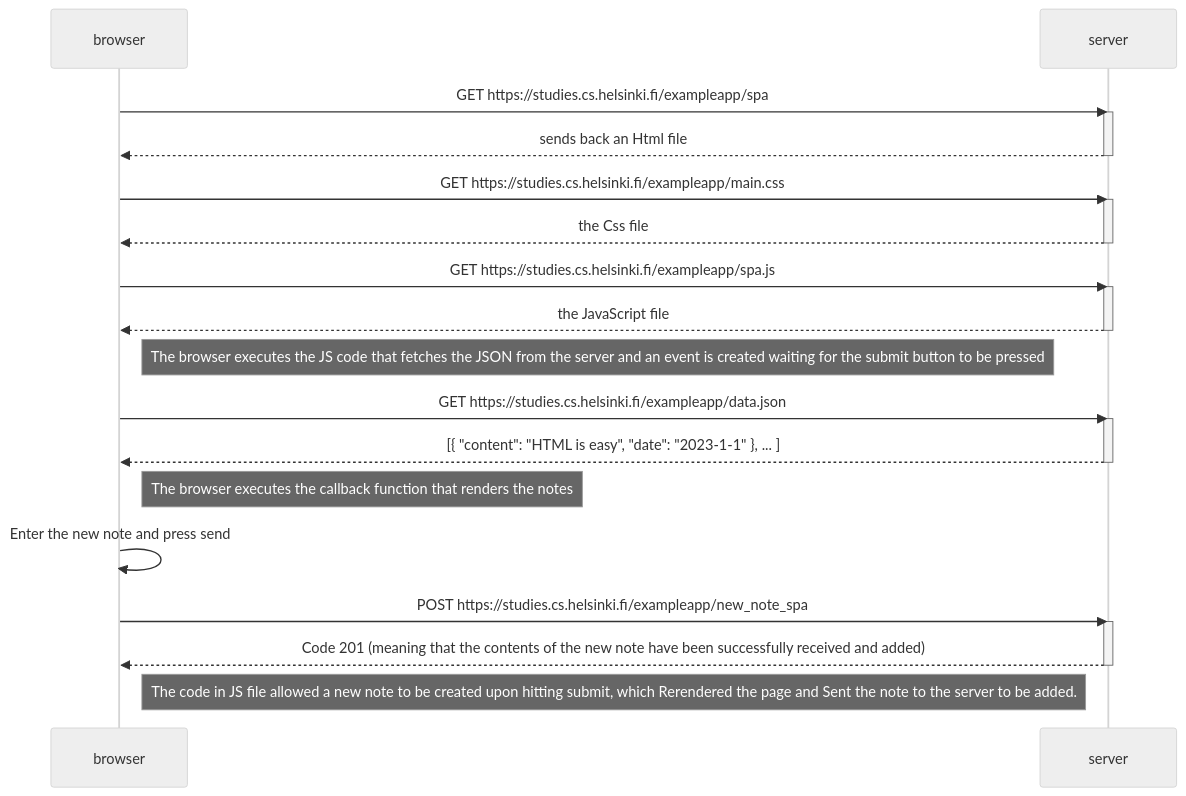
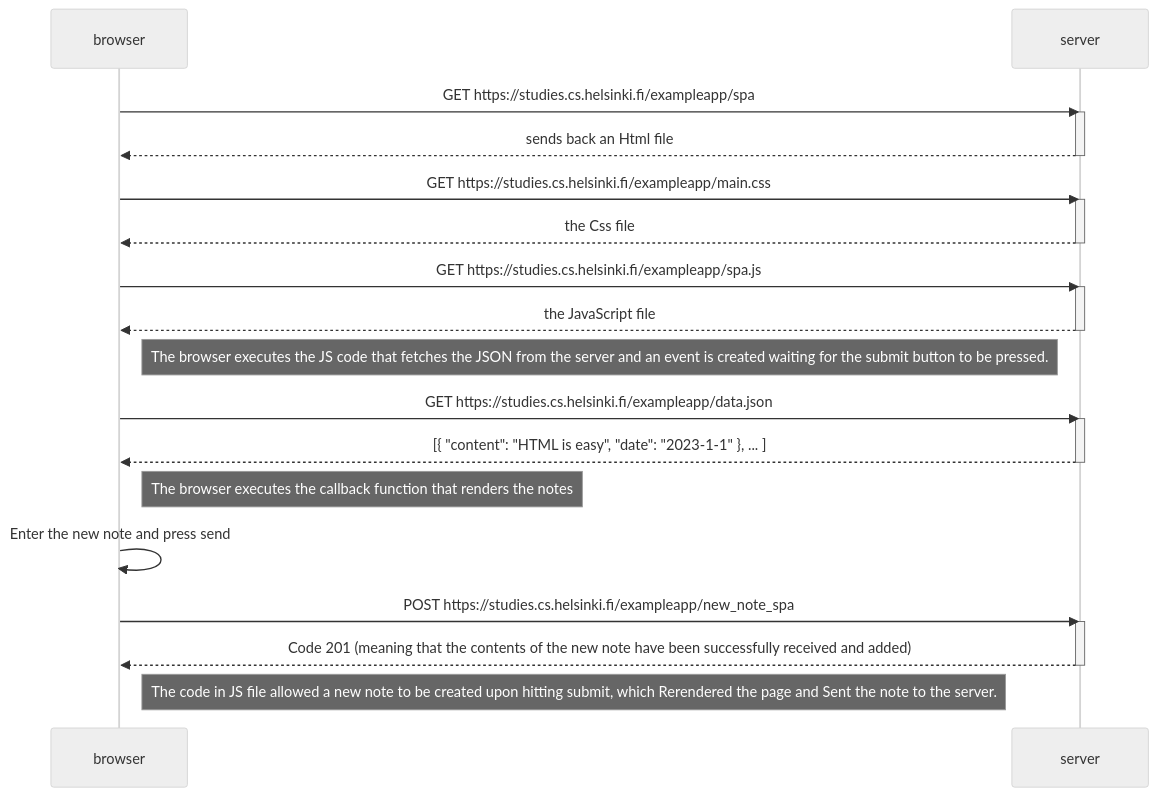
One commit to Psyduck-m/fullStack_Challenge changed the diagram in part0/Ex0.5.md. Above: the diagram before and after it, drawn with Mermaid (neutral theme).

Commit message:
new update

````diff
--- a/part0/Ex0.5.md
+++ b/part0/Ex0.5.md
@@ -2,38 +2,38 @@
 ```mermaid
 sequenceDiagram
     participant browser
     participant server
 
     browser->>server: GET https://studies.cs.helsinki.fi/exampleapp/spa
     activate server
     server-->>browser: sends back an Html file
     deactivate server
 
     browser->>server: GET https://studies.cs.helsinki.fi/exampleapp/main.css
     activate server
     server-->>browser: the Css file
     deactivate server
 
     browser->>server: GET https://studies.cs.helsinki.fi/exampleapp/spa.js
     activate server
     server-->>browser: the JavaScript file
     deactivate server
 
-    Note right of browser: The browser executes the JS code that fetches the JSON from the server and an event is created waiting for the submit button to be pressed
+    Note right of browser: The browser executes the JS code that fetches the JSON from the server and an event is created waiting for the submit button to be pressed.
 
     browser->>server: GET https://studies.cs.helsinki.fi/exampleapp/data.json
     activate server
     server-->>browser: [{ "content": "HTML is easy", "date": "2023-1-1" }, ... ]
     deactivate server
 
     Note right of browser: The browser executes the callback function that renders the notes
 
     browser->>browser: Enter the new note and press send
 
     browser->>server: POST https://studies.cs.helsinki.fi/exampleapp/new_note_spa
     activate server
     server-->>browser: Code 201 (meaning that the contents of the new note have been successfully received and added)
     deactivate server
 
-    Note right of browser: The code in JS file allowed a new note to be created upon hitting submit, which Rerendered the page and Sent the note to the server to be added.
+    Note right of browser: The code in JS file allowed a new note to be created upon hitting submit, which Rerendered the page and Sent the note to the server.
 ```
````
